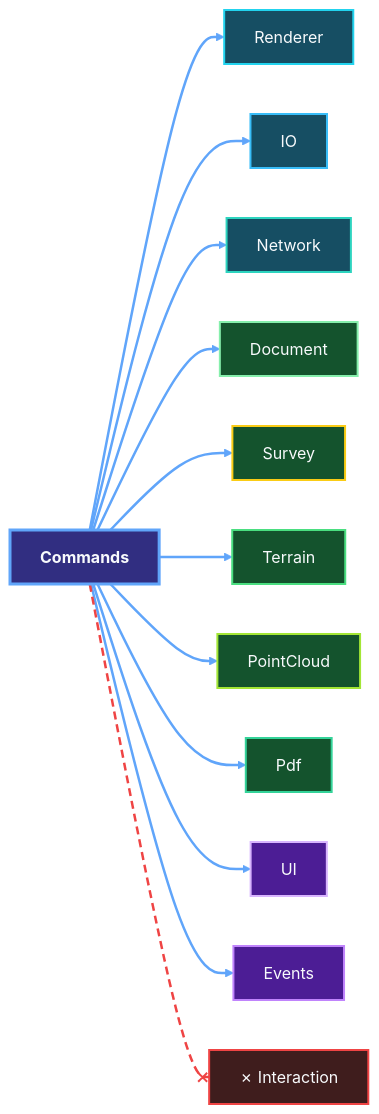
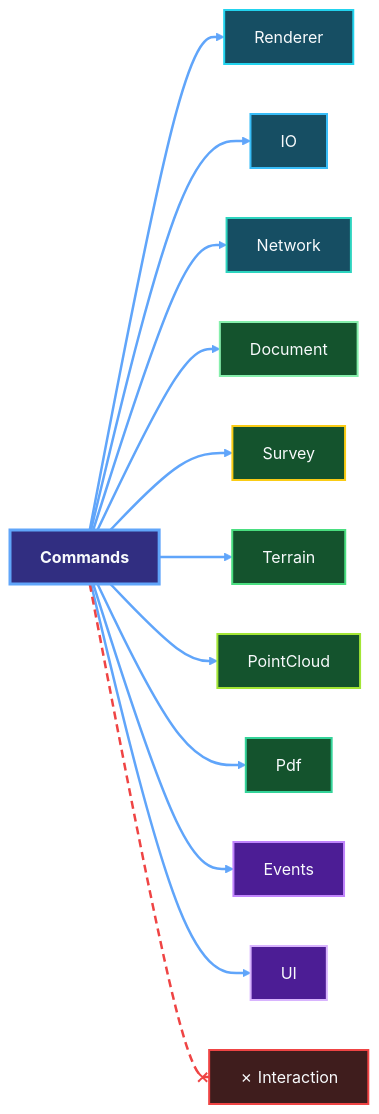
Before and after one commit to chetjones003/GoSurvey: the third of 42 diagrams in docs/architecture/system-dependencies.md, drawn with Mermaid. The commit also changed other lines of this file and 3 other files, not shown here.

First line of the commit message:
tools: structure diagram generator and check it in CI

````diff
--- a/docs/architecture/system-dependencies.md
+++ b/docs/architecture/system-dependencies.md
@@ -126,49 +128,49 @@
 ```mermaid
 flowchart LR
   commands__src["<b>Commands</b>"]
   commands__renderer["Renderer"]
   commands__io["IO"]
   commands__network["Network"]
   commands__document["Document"]
   commands__survey["Survey"]
   commands__terrain["Terrain"]
   commands__pointcloud["PointCloud"]
   commands__pdf["Pdf"]
+  commands__events["Events"]
   commands__ui["UI"]
-  commands__events["Events"]
   commands__x_interaction["✗ Interaction"]
   commands__src --> commands__renderer
   commands__src --> commands__io
   commands__src --> commands__network
   commands__src --> commands__document
   commands__src --> commands__survey
   commands__src --> commands__terrain
   commands__src --> commands__pointcloud
   commands__src --> commands__pdf
+  commands__src --> commands__events
   commands__src --> commands__ui
-  commands__src --> commands__events
   commands__src -.-x commands__x_interaction
   style commands__src fill:#312e81,stroke:#60a5fa,stroke-width:3px,color:#f8fafc
   style commands__renderer fill:#164e63,stroke:#22d3ee,stroke-width:2px,color:#f8fafc
   style commands__io fill:#164e63,stroke:#38bdf8,stroke-width:2px,color:#f8fafc
   style commands__network fill:#164e63,stroke:#2dd4bf,stroke-width:2px,color:#f8fafc
   style commands__document fill:#14532d,stroke:#86efac,stroke-width:2px,color:#f8fafc
   style commands__survey fill:#14532d,stroke:#facc15,stroke-width:2px,color:#f8fafc
   style commands__terrain fill:#14532d,stroke:#4ade80,stroke-width:2px,color:#f8fafc
   style commands__pointcloud fill:#14532d,stroke:#a3e635,stroke-width:2px,color:#f8fafc
   style commands__pdf fill:#14532d,stroke:#34d399,stroke-width:2px,color:#f8fafc
+  style commands__events fill:#4c1d95,stroke:#c084fc,stroke-width:2px,color:#f8fafc
   style commands__ui fill:#4c1d95,stroke:#d8b4fe,stroke-width:2px,color:#f8fafc
-  style commands__events fill:#4c1d95,stroke:#c084fc,stroke-width:2px,color:#f8fafc
   style commands__x_interaction fill:#3f1d1d,stroke:#ef4444,stroke-width:2px,color:#f8fafc
   linkStyle 0 stroke:#60a5fa,stroke-width:2.5px
   linkStyle 1 stroke:#60a5fa,stroke-width:2.5px
   linkStyle 2 stroke:#60a5fa,stroke-width:2.5px
   linkStyle 3 stroke:#60a5fa,stroke-width:2.5px
   linkStyle 4 stroke:#60a5fa,stroke-width:2.5px
   linkStyle 5 stroke:#60a5fa,stroke-width:2.5px
   linkStyle 6 stroke:#60a5fa,stroke-width:2.5px
   linkStyle 7 stroke:#60a5fa,stroke-width:2.5px
   linkStyle 8 stroke:#60a5fa,stroke-width:2.5px
   linkStyle 9 stroke:#60a5fa,stroke-width:2.5px
   linkStyle 10 stroke:#ef4444,stroke-width:2.5px,stroke-dasharray:8 5
 ```
````
